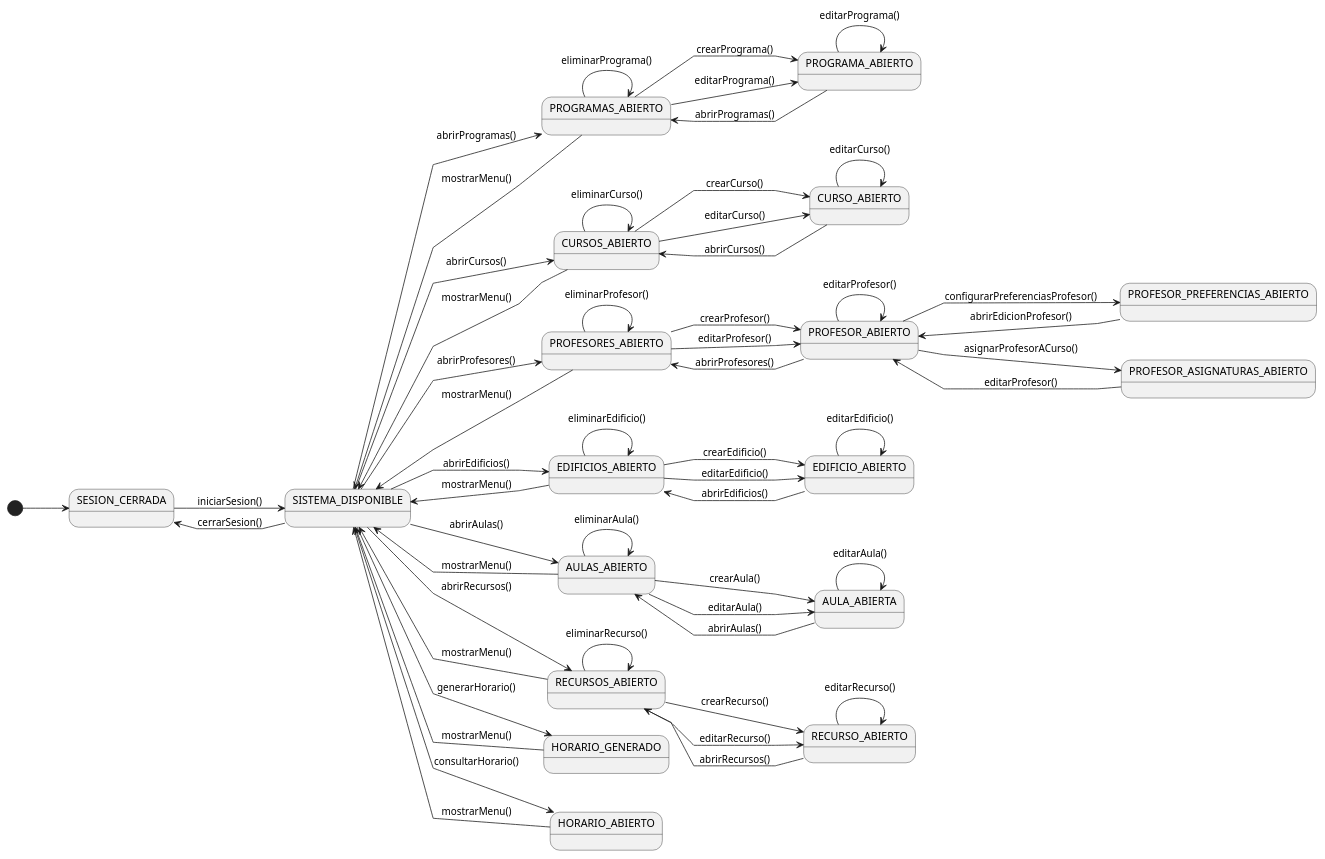
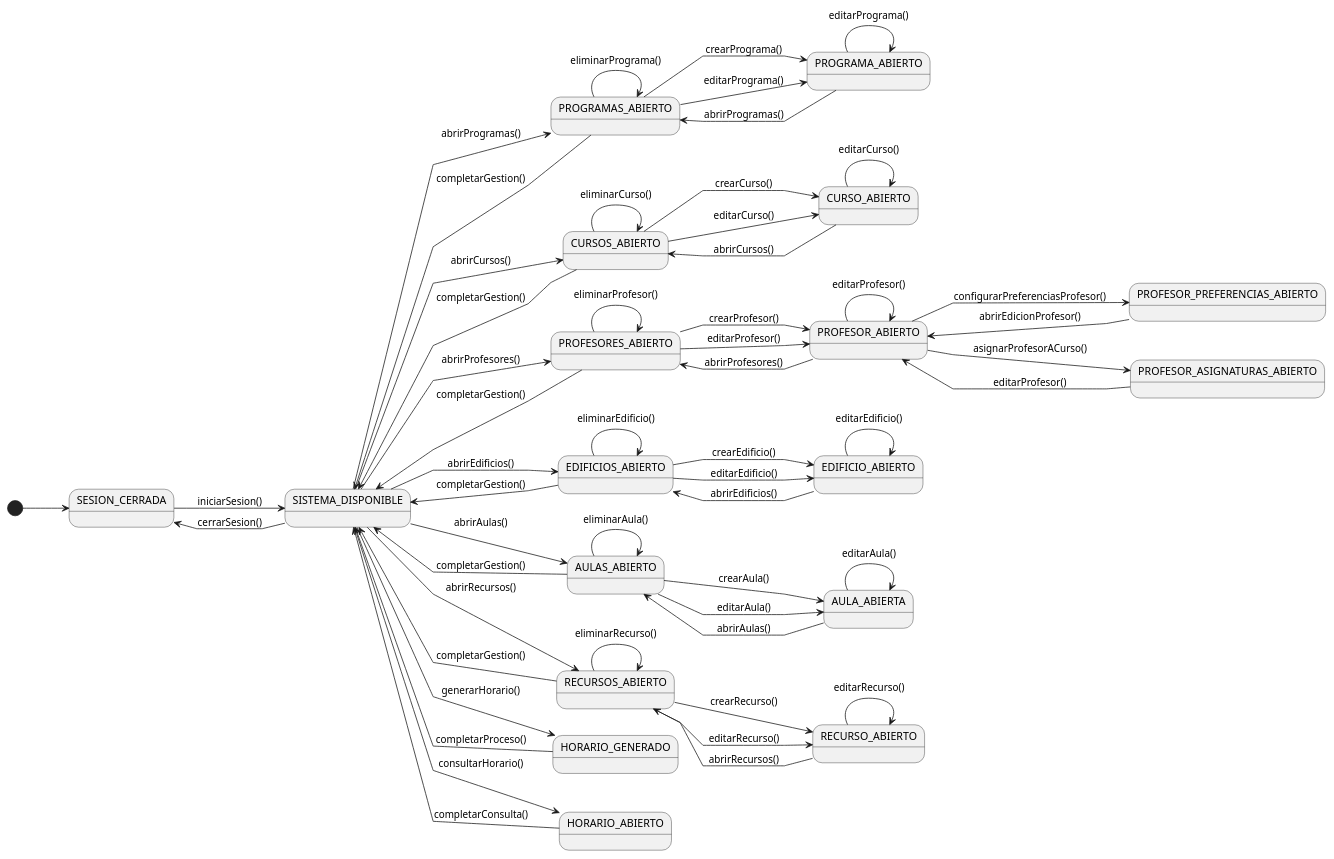
One commit to Hexcss/scheduler changed the diagram in RUP/00-casos-uso/01-actores-casos-uso/diagrama-contexto-administrador.puml. Above: the diagram before and after it, drawn with PlantUML. The commit also changed 27 other files, not shown here.

```diff
--- a/RUP/00-casos-uso/01-actores-casos-uso/diagrama-contexto-administrador.puml
+++ b/RUP/00-casos-uso/01-actores-casos-uso/diagrama-contexto-administrador.puml
@@ -1,101 +1,101 @@
 @startuml diagrama-contexto-administrador
 
 left to right direction
 skinparam linetype polyline
 
 state "SESION_CERRADA" as NoAuth
 state "SISTEMA_DISPONIBLE" as Menu
 
 state "PROGRAMAS_ABIERTO" as ListProgramas
 state "PROGRAMA_ABIERTO" as EditPrograma
 state "CURSOS_ABIERTO" as ListCursos
 state "CURSO_ABIERTO" as EditCurso
 state "PROFESORES_ABIERTO" as ListProfesores
 state "PROFESOR_ABIERTO" as EditProfesor
 state "PROFESOR_PREFERENCIAS_ABIERTO" as EditProfesorPreferencias
 state "EDIFICIOS_ABIERTO" as ListEdificios
 state "EDIFICIO_ABIERTO" as EditEdificio
 state "AULAS_ABIERTO" as ListAulas
 state "AULA_ABIERTA" as EditAula
 state "RECURSOS_ABIERTO" as ListRecursos
 state "RECURSO_ABIERTO" as EditRecurso
 
 state "PROFESOR_ASIGNATURAS_ABIERTO" as Asignaciones
 state "HORARIO_GENERADO" as Generacion
 state "HORARIO_ABIERTO" as Consulta
 
 [*] --> NoAuth
 
 NoAuth --> Menu : iniciarSesion()
 
 Menu --> NoAuth : cerrarSesion()
 Menu --> ListProgramas: abrirProgramas()
 Menu --> ListCursos: abrirCursos()
 Menu --> ListProfesores: abrirProfesores()
 Menu --> ListEdificios: abrirEdificios()
 Menu --> ListAulas: abrirAulas()
 Menu --> ListRecursos: abrirRecursos()
 Menu --> Generacion: generarHorario()
 Menu --> Consulta: consultarHorario()
 
 EditProfesor --> Asignaciones: asignarProfesorACurso()
 
 Asignaciones --> EditProfesor: editarProfesor()
 
 
 ListProgramas --> EditPrograma: crearPrograma()
 ListProgramas --> EditPrograma: editarPrograma()
 ListProgramas --> ListProgramas: eliminarPrograma()
 
 EditPrograma --> EditPrograma: editarPrograma()
 EditPrograma --> ListProgramas: abrirProgramas()
 
 ListCursos --> EditCurso: crearCurso()
 ListCursos --> EditCurso: editarCurso()
 ListCursos --> ListCursos: eliminarCurso()
 
 EditCurso --> EditCurso: editarCurso()
 EditCurso --> ListCursos: abrirCursos()
 
 ListProfesores --> EditProfesor: crearProfesor()
 ListProfesores --> EditProfesor: editarProfesor()
 ListProfesores --> ListProfesores: eliminarProfesor()
 
 EditProfesor --> EditProfesor: editarProfesor()
 EditProfesor --> EditProfesorPreferencias: configurarPreferenciasProfesor()
 EditProfesor --> ListProfesores: abrirProfesores()
 
 EditProfesorPreferencias --> EditProfesor: abrirEdicionProfesor()
 
 
 ListEdificios --> EditEdificio: crearEdificio()
 ListEdificios --> EditEdificio: editarEdificio()
 ListEdificios --> ListEdificios: eliminarEdificio()
 EditEdificio --> EditEdificio: editarEdificio()
 
 EditEdificio --> ListEdificios: abrirEdificios()
 
 ListAulas --> EditAula: crearAula()
 ListAulas --> EditAula: editarAula()
 ListAulas --> ListAulas: eliminarAula()
 
 EditAula --> EditAula: editarAula()
 EditAula --> ListAulas: abrirAulas()
 
 ListRecursos --> EditRecurso: crearRecurso()
 ListRecursos --> EditRecurso: editarRecurso()
 ListRecursos --> ListRecursos: eliminarRecurso()
 
 EditRecurso --> EditRecurso: editarRecurso()
 EditRecurso --> ListRecursos: abrirRecursos()
 
-ListProgramas --> Menu: mostrarMenu()
-ListCursos --> Menu: mostrarMenu()
-ListProfesores --> Menu: mostrarMenu()
-ListEdificios --> Menu: mostrarMenu()
-ListAulas --> Menu: mostrarMenu()
-ListRecursos --> Menu: mostrarMenu()
-Generacion --> Menu: mostrarMenu()
-Consulta --> Menu: mostrarMenu()
+ListProgramas --> Menu: completarGestion()
+ListCursos --> Menu: completarGestion()
+ListProfesores --> Menu: completarGestion()
+ListEdificios --> Menu: completarGestion()
+ListAulas --> Menu: completarGestion()
+ListRecursos --> Menu: completarGestion()
+Generacion --> Menu: completarProceso()
+Consulta --> Menu: completarConsulta()
 
 @enduml
```
